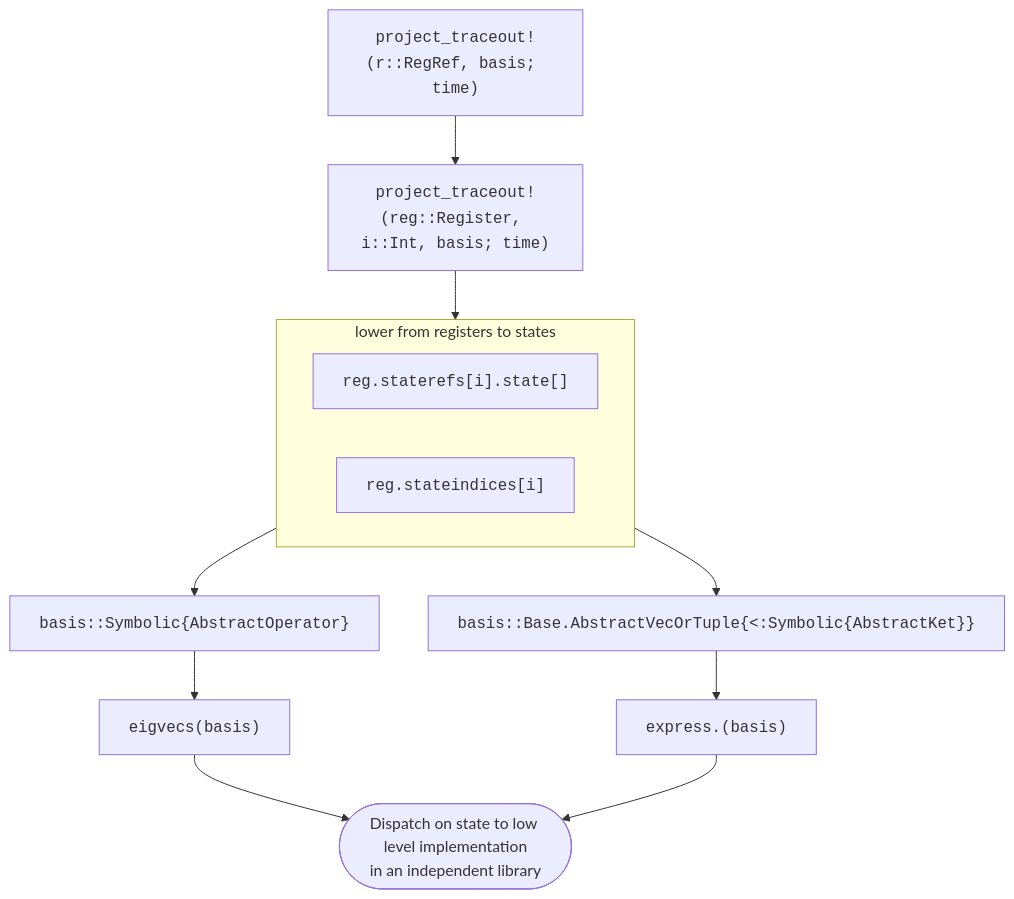
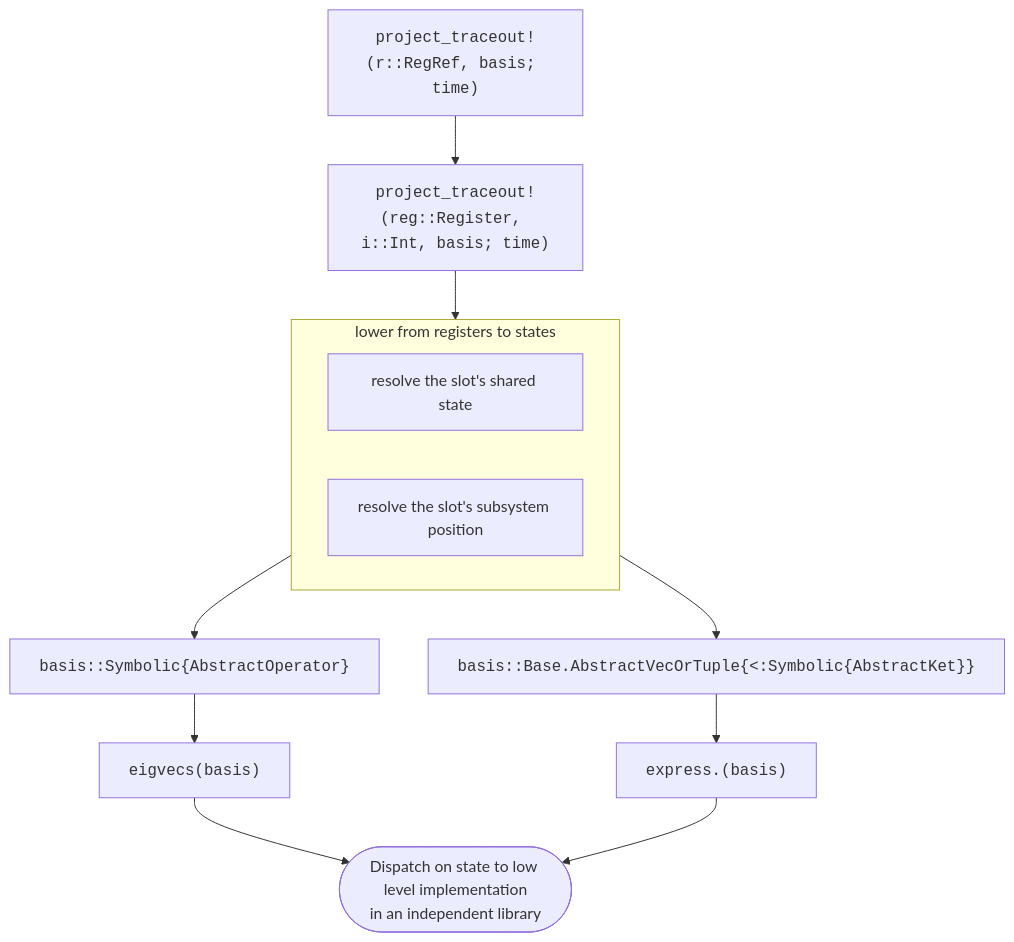
One commit to QuantumSavory/QuantumSavory.jl changed the fourth of 8 diagrams in docs/src/register_interface.md. Above: the diagram before and after it, drawn with Mermaid. The commit also changed other lines of this file and 51 other files, not shown here.

````diff
--- a/docs/src/register_interface.md
+++ b/docs/src/register_interface.md
@@ -214,18 +222,18 @@
 ```mermaid
 flowchart TB
   A["<code>project_traceout!(r::RegRef, basis; time)</code>"]
   B["<code>project_traceout!(reg::Register, i::Int, basis; time)</code>"]
   subgraph TOP [lower from registers to states]
     direction LR
-    D1["<code>reg.staterefs[i].state[]</code>"]
-    D2["<code>reg.stateindices[i]</code>"]
+    D1["resolve the slot's shared state"]
+    D2["resolve the slot's subsystem position"]
   end
   E1["<code>basis::Symbolic{AbstractOperator}</code>"]
   F1["<code>eigvecs(basis)</code>"]
   E2["<code>basis::Base.AbstractVecOrTuple{<:Symbolic{AbstractKet}}</code>"]
   F2["<code>express.(basis)</code>"]
   G([Dispatch on state to low level implementation<br>in an independent library])
   A --> B --> TOP
   TOP --> E1 --> F1 --> G
   TOP --> E2 --> F2 --> G
 ```
````
